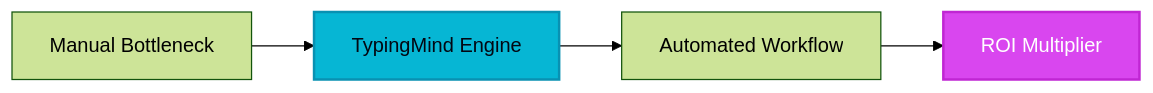
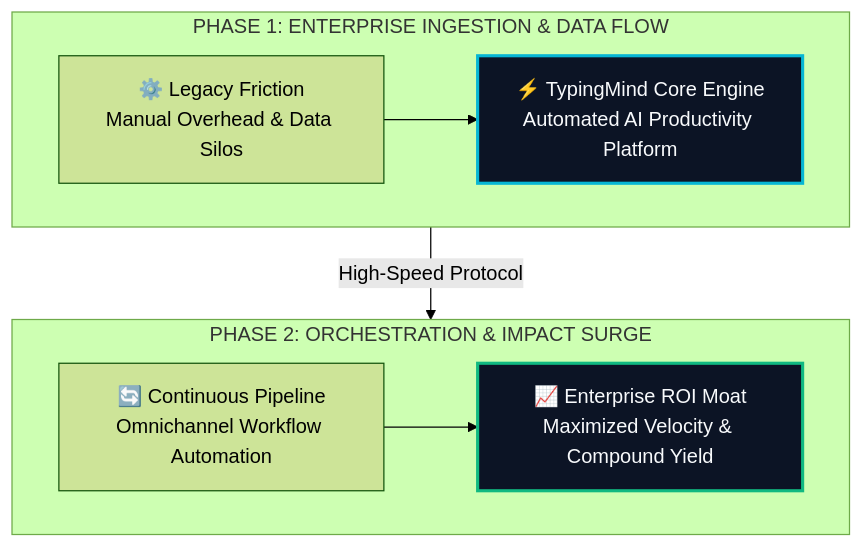
Before and after one commit to heliatech-media/saas-radar: the diagram in site/src/content/blog/typing-mind-evolution-guide-2026.md, drawn with Mermaid (forest theme). The commit also changed 97 other files, not shown here.

First line of the commit message:
feat(diagrams): upgrade all article architecture schemas to high-impact 2-tier responsive vector blueprints

````diff
--- a/site/src/content/blog/typing-mind-evolution-guide-2026.md
+++ b/site/src/content/blog/typing-mind-evolution-guide-2026.md
@@ -51,8 +51,14 @@
 ```mermaid
-flowchart LR
-    A[Manual Bottleneck] --> B[TypingMind Engine]
-    B --> C[Automated Workflow]
-    C --> D[ROI Multiplier]
-    style B fill:#06b6d4,stroke:#0891b2,stroke-width:2px,color:#030712
-    style D fill:#d946ef,stroke:#c026d3,stroke-width:2px,color:#ffffff
+flowchart TD
+    subgraph S1["PHASE 1: ENTERPRISE INGESTION & DATA FLOW"]
+        direction LR
+        A["⚙️ Legacy Friction<br/>Manual Overhead & Data Silos"] --> B["⚡ TypingMind Core Engine<br/>Automated AI Productivity Platform"]
+    end
+    subgraph S2["PHASE 2: ORCHESTRATION & IMPACT SURGE"]
+        direction LR
+        C["🔄 Continuous Pipeline<br/>Omnichannel Workflow Automation"] --> D["📈 Enterprise ROI Moat<br/>Maximized Velocity & Compound Yield"]
+    end
+    S1 -->|High-Speed Protocol| S2
+    style B fill:#0c1425,stroke:#06b6d4,stroke-width:2.5px,color:#f8fafc
+    style D fill:#0c1425,stroke:#10b981,stroke-width:2.5px,color:#f8fafc
 ```
````
